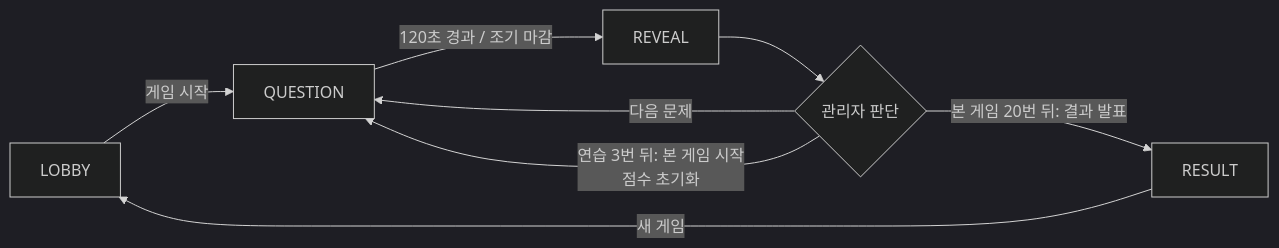
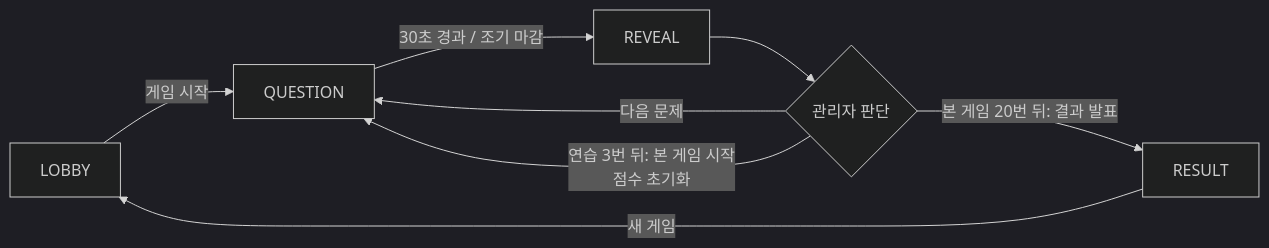
The diagram in docs/SPEC.md (Dodomuk/mobileEngine), drawn with Mermaid (dark theme) before and after one commit. The commit also changed other lines of this file and 27 other files, not shown here.

````diff
--- a/docs/SPEC.md
+++ b/docs/SPEC.md
@@ -158,10 +158,10 @@
 ```mermaid
 flowchart LR
   LOBBY -->|게임 시작| Q[QUESTION]
-  Q -->|120초 경과 / 조기 마감| R[REVEAL]
+  Q -->|30초 경과 / 조기 마감| R[REVEAL]
   R --> D{관리자 판단}
   D -->|다음 문제| Q
   D -->|연습 3번 뒤: 본 게임 시작<br/>점수 초기화| Q
   D -->|본 게임 20번 뒤: 결과 발표| RESULT
   RESULT -->|새 게임| LOBBY
 ```
````
